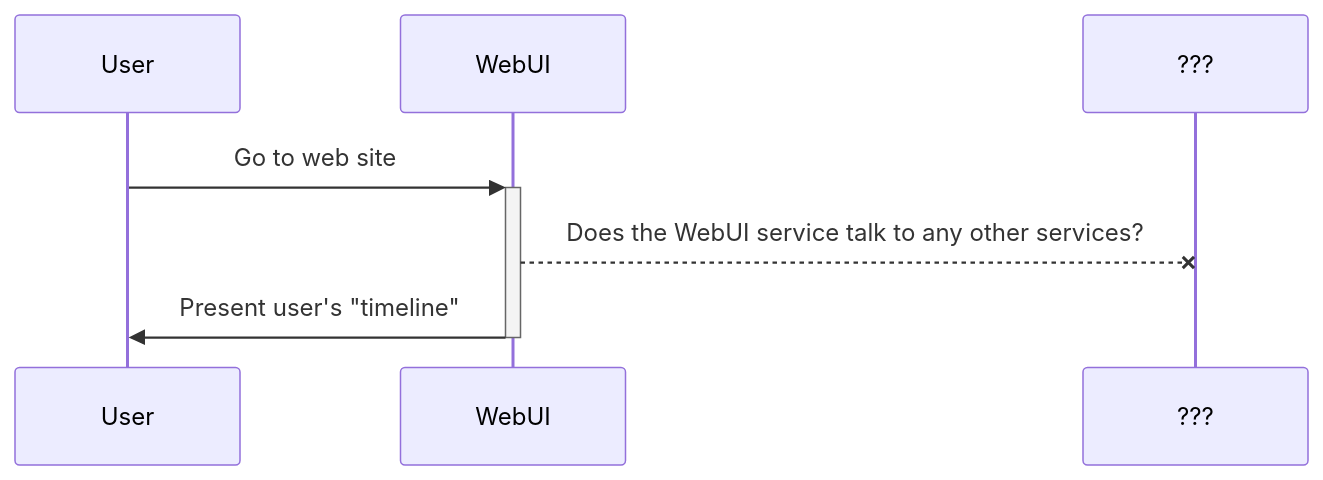
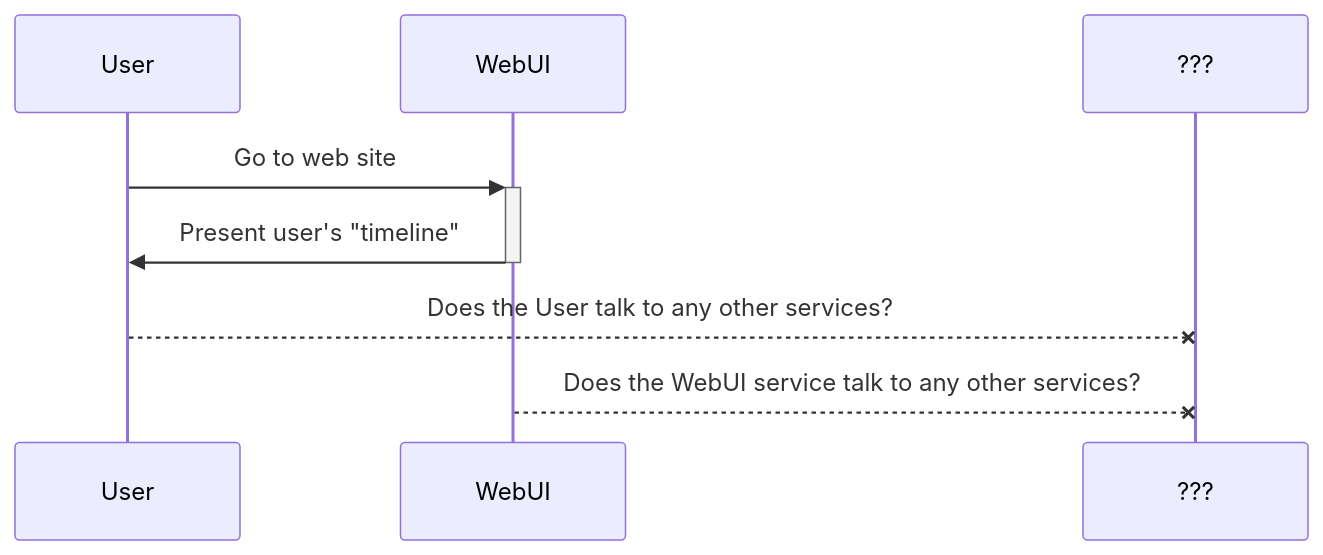
One commit to LiamBoz/ClapTrap changed the diagram in Requirements.md. Above: the diagram before and after it, drawn with Mermaid.

Commit message:
sequence diagram for Create Post use case

````diff
--- a/Requirements.md
+++ b/Requirements.md
@@ -65,6 +65,7 @@
 ```mermaid
 sequenceDiagram
   User->>+WebUI: Go to web site
+  WebUI->>-User: Present user's "timeline"
+  User--x???: Does the User talk to any other services?
   WebUI--x???: Does the WebUI service talk to any other services?
-  WebUI->>-User: Present user's "timeline"
 ```
````
